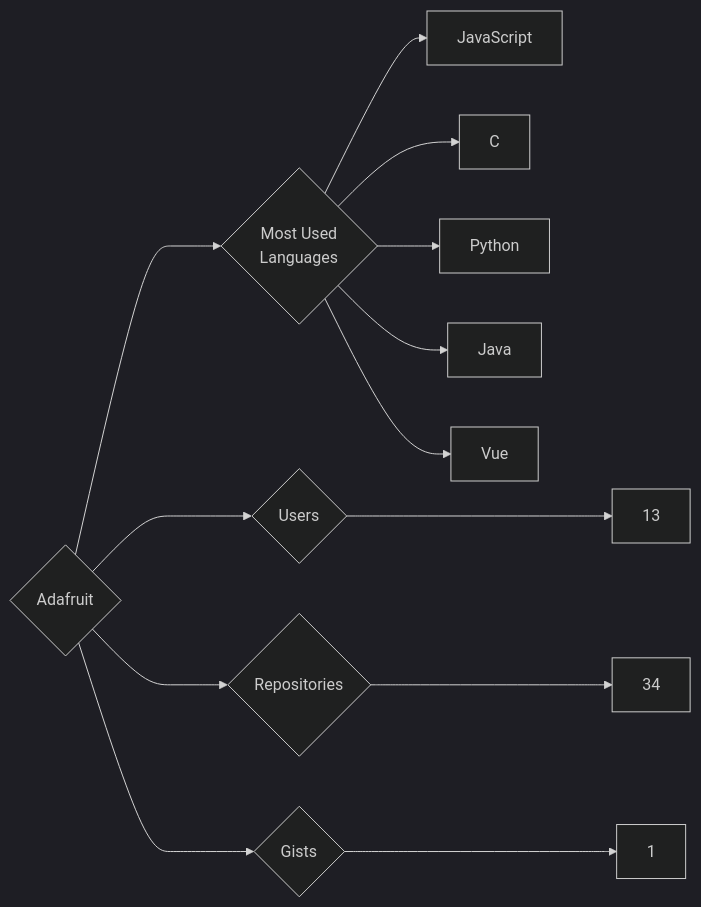
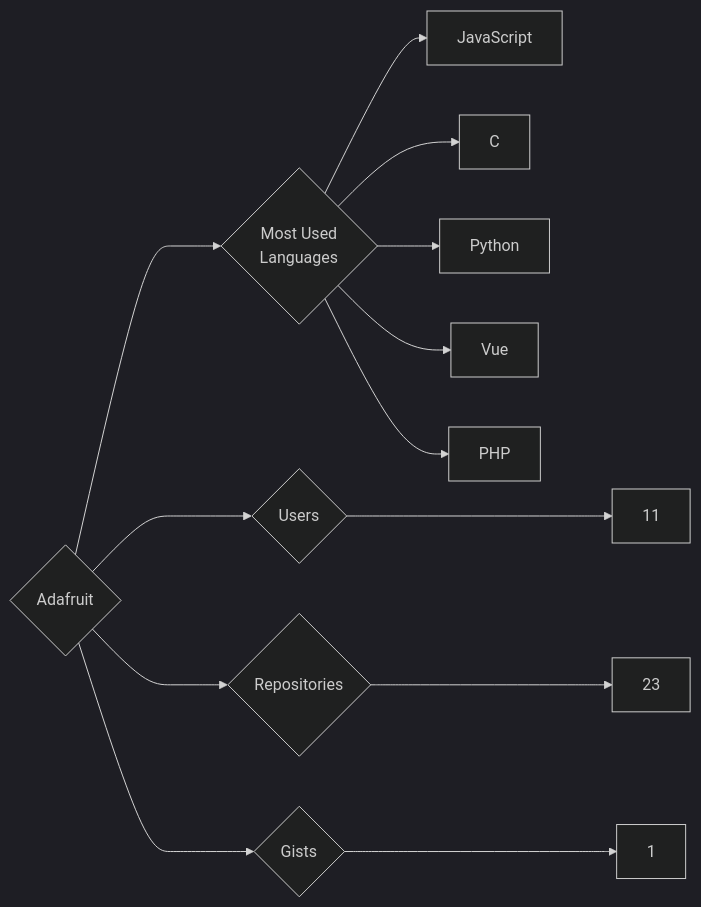
One commit to trickest/insiders changed the diagram in targets/Adafruit/README.md. Above: the diagram before and after it, drawn with Mermaid (dark theme). The commit also changed 1078 other files, not shown here.

````diff
--- a/targets/Adafruit/README.md
+++ b/targets/Adafruit/README.md
@@ -3,13 +3,13 @@
 ```mermaid
 graph LR
 COMPANY_NAME{Adafruit}
-COMPANY_NAME ---> U{Users} ---> UN[13]
-COMPANY_NAME ---> R{Repositories} ---> RN[34]
+COMPANY_NAME ---> U{Users} ---> UN[11]
+COMPANY_NAME ---> R{Repositories} ---> RN[23]
 COMPANY_NAME ---> G{Gists} ---> GN[1]
 COMPANY_NAME ---> ML{Most Used<br>Languages}
 ML --> JavaScript[JavaScript]
 ML --> C[C]
 ML --> Python[Python]
-ML --> Java[Java]
 ML --> Vue[Vue]
+ML --> PHP[PHP]
 ```
````
